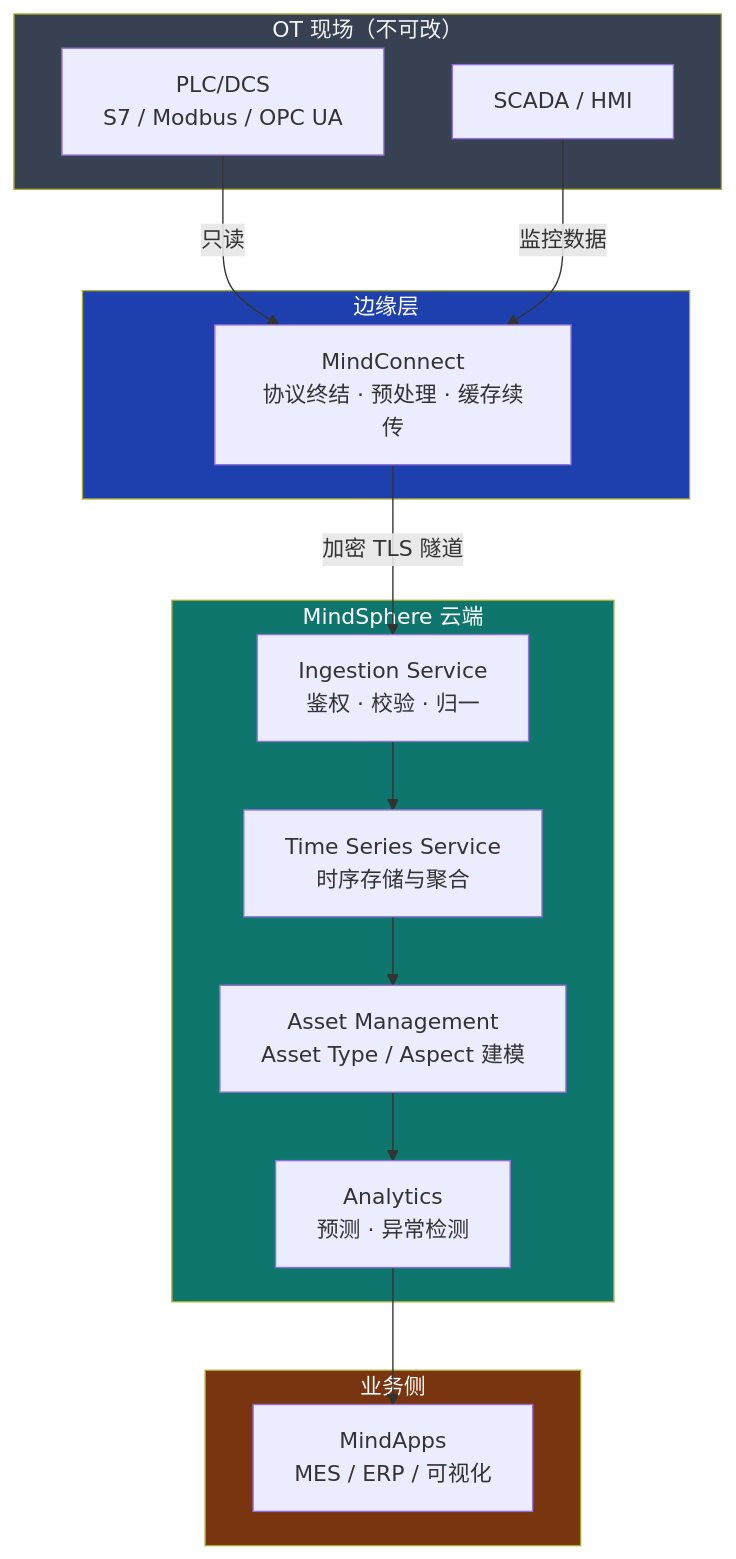
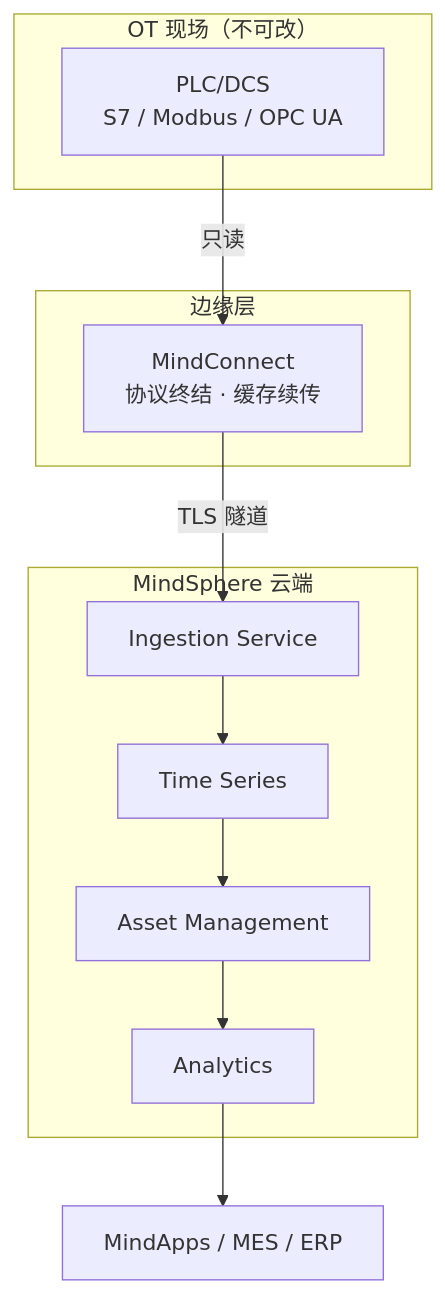
Before and after one commit to YeatsLiao/wiki: the diagram in docs/series/iot-platform-design/siemens/01-为什么工业需要专门的IoT架构.md, drawn with Mermaid. The commit also changed other lines of this file and 5 other files, not shown here.

````diff
--- a/docs/series/iot-platform-design/siemens/01-为什么工业需要专门的IoT架构.md
+++ b/docs/series/iot-platform-design/siemens/01-为什么工业需要专门的IoT架构.md
@@ -58,30 +44,18 @@
 ```mermaid
 flowchart TB
     subgraph OT["OT 现场（不可改）"]
         PLC["PLC/DCS<br/>S7 / Modbus / OPC UA"]
-        SCADA["SCADA / HMI"]
     end
     subgraph Edge["边缘层"]
-        MC["MindConnect<br/>协议终结 · 预处理 · 缓存续传"]
+        MC["MindConnect<br/>协议终结 · 缓存续传"]
     end
     subgraph Cloud["MindSphere 云端"]
-        Ingest["Ingestion Service<br/>鉴权 · 校验 · 归一"]
-        TS["Time Series Service<br/>时序存储与聚合"]
-        AM["Asset Management<br/>Asset Type / Aspect 建模"]
-        Analytics["Analytics<br/>预测 · 异常检测"]
+        Ingest["Ingestion Service"] --> TS["Time Series"]
+        TS --> AM["Asset Management"]
+        AM --> Analytics["Analytics"]
     end
-    subgraph Biz["业务侧"]
-        Apps["MindApps<br/>MES / ERP / 可视化"]
-    end
+    Biz["MindApps / MES / ERP"]
     PLC -->|只读| MC
-    SCADA -->|监控数据| MC
-    MC -->|加密 TLS 隧道| Ingest
-    Ingest --> TS
-    TS --> AM
-    AM --> Analytics
-    Analytics --> Apps
-    style OT fill:#374151,color:#f3f4f6
-    style Edge fill:#1e40af,color:#fff
-    style Cloud fill:#0f766e,color:#fff
-    style Biz fill:#78350f,color:#fff
+    MC -->|TLS 隧道| Ingest
+    Analytics --> Biz
 ```
````
